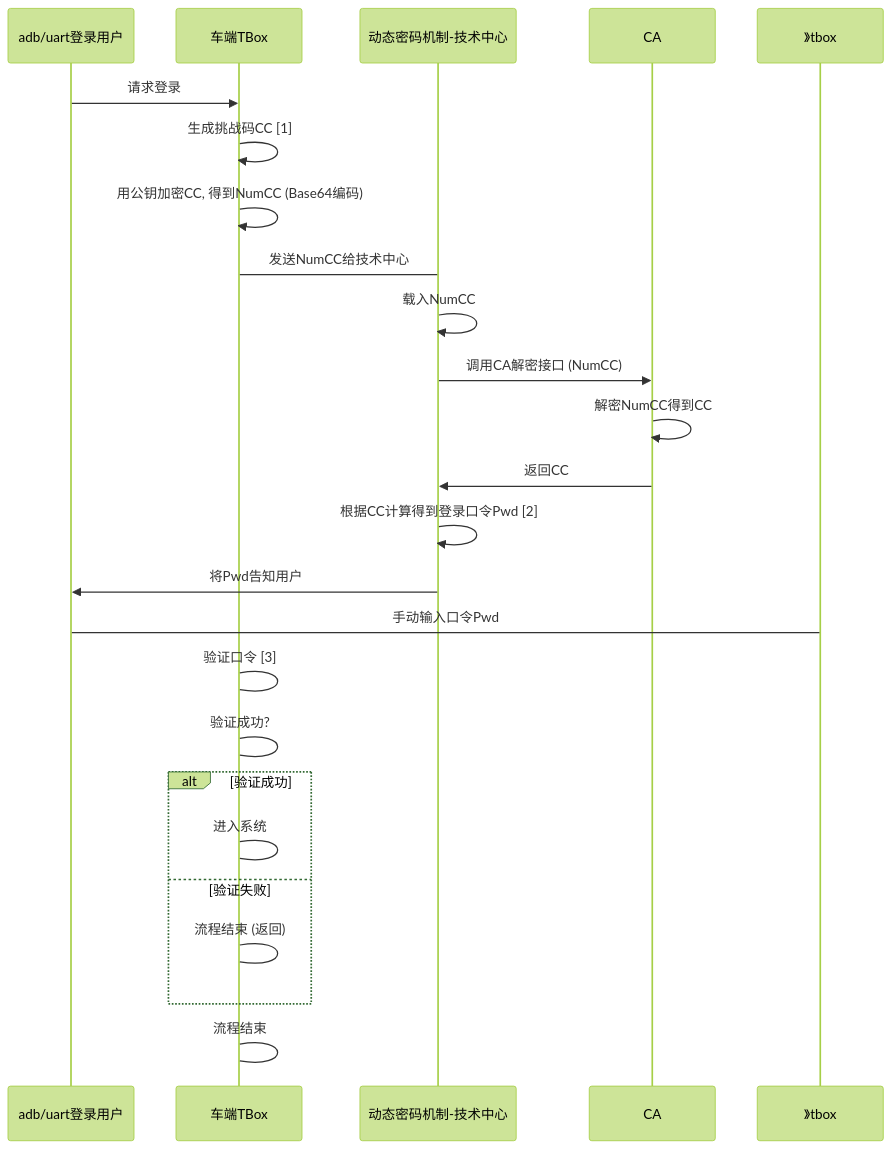
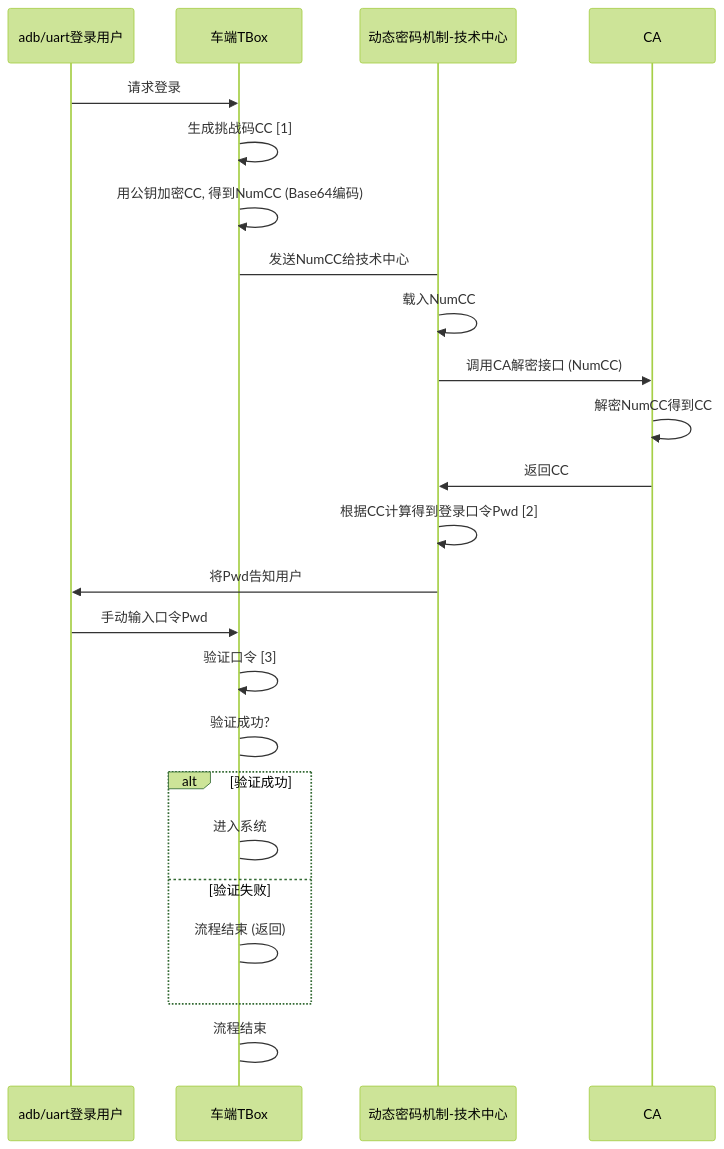
One commit to facebook-cloud/iodraw-files changed the diagram in all/未命名-13.md. Above: the diagram before and after it, drawn with Mermaid (forest theme).

Commit message:
2026-01-26 15:22:02 update

````diff
--- a/all/未命名-13.md
+++ b/all/未命名-13.md
@@ -1,28 +1,28 @@
 ```mermaid
 sequenceDiagram
     participant user as adb/uart登录用户
     participant tbox as 车端TBox
     participant tech_center as 动态密码机制-技术中心
     participant ca as CA
 
     user->>tbox: 请求登录
     tbox->>tbox: 生成挑战码CC [1]
     tbox->>tbox: 用公钥加密CC, 得到NumCC (Base64编码)
     tbox->tech_center: 发送NumCC给技术中心
     tech_center->>tech_center: 载入NumCC
     tech_center->>ca: 调用CA解密接口 (NumCC)
     ca->>ca: 解密NumCC得到CC
     ca->>tech_center: 返回CC
     tech_center->>tech_center: 根据CC计算得到登录口令Pwd [2]
     tech_center->>user: 将Pwd告知用户
-    user->》tbox: 手动输入口令Pwd
-    tbox->tbox: 验证口令 [3]
+    user->>tbox: 手动输入口令Pwd
+    tbox->>tbox: 验证口令 [3]
     tbox->tbox: 验证成功?
     alt 验证成功
         tbox->tbox: 进入系统
     else 验证失败
         tbox->tbox: 流程结束 (返回)
     end
     tbox->tbox: 流程结束
 
 ```
````
